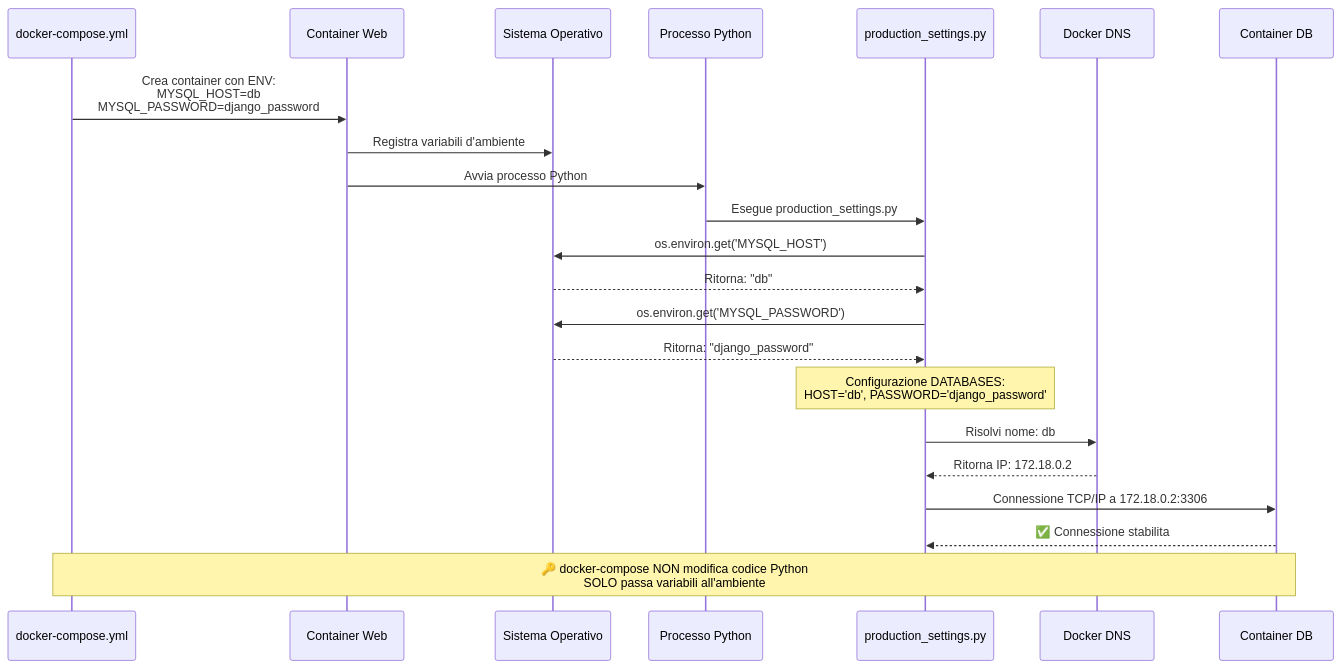
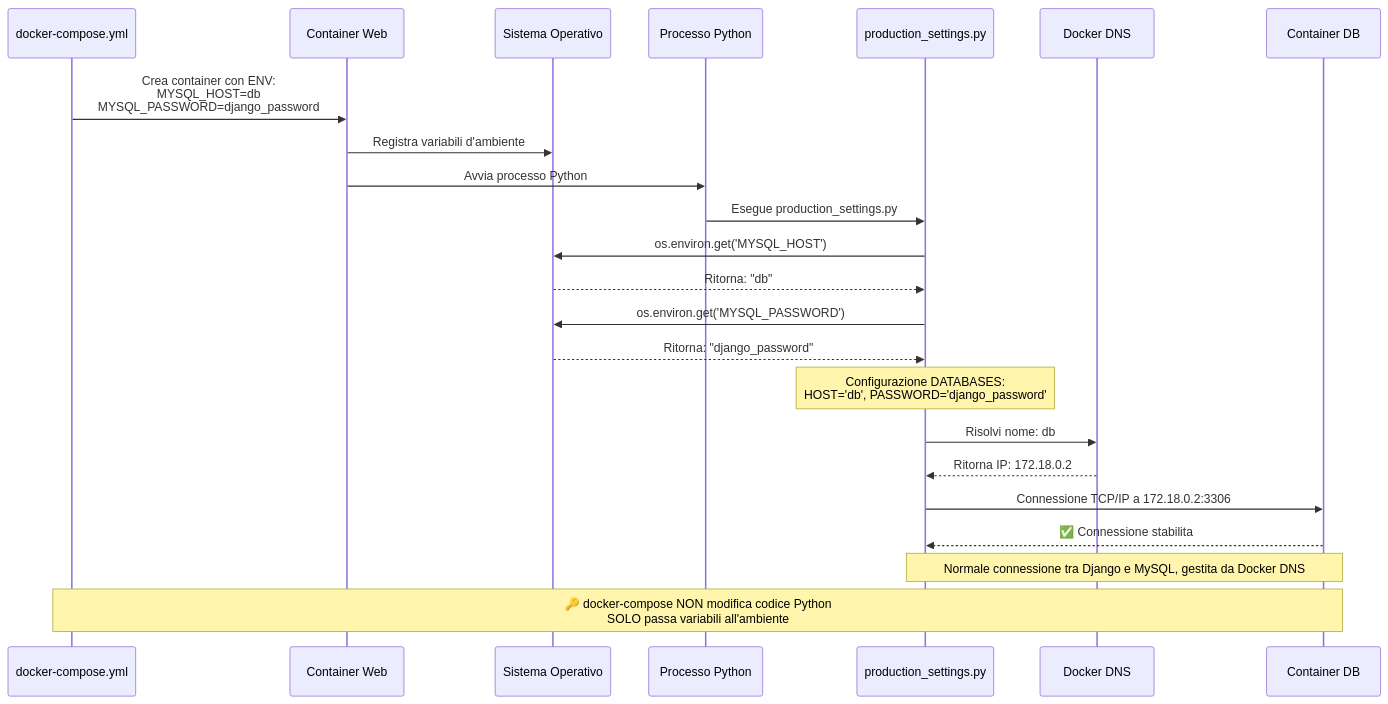
One commit to lucadileo9/dev-experiments changed the sixth of 25 diagrams in appunti.md. Above: the diagram before and after it, drawn with Mermaid. The commit also changed other lines of this file, not shown here.

````diff
--- a/appunti.md
+++ b/appunti.md
@@ -224,31 +264,33 @@
 ```mermaid
 sequenceDiagram
     participant DC as docker-compose.yml
     participant Container as Container Web
     participant OS as Sistema Operativo
     participant Python as Processo Python
     participant Django as production_settings.py
     participant DNS as Docker DNS
     participant MySQL as Container DB
     
     DC->>Container: Crea container con ENV:<br/>MYSQL_HOST=db<br/>MYSQL_PASSWORD=django_password
     Container->>OS: Registra variabili d'ambiente
     Container->>Python: Avvia processo Python
     Python->>Django: Esegue production_settings.py
     
     Django->>OS: os.environ.get('MYSQL_HOST')
     OS-->>Django: Ritorna: "db"
     
     Django->>OS: os.environ.get('MYSQL_PASSWORD')
     OS-->>Django: Ritorna: "django_password"
     
     Note over Django: Configurazione DATABASES:<br/>HOST='db', PASSWORD='django_password'
     
     Django->>DNS: Risolvi nome: db
     DNS-->>Django: Ritorna IP: 172.18.0.2
     
     Django->>MySQL: Connessione TCP/IP a 172.18.0.2:3306
     MySQL-->>Django: ✅ Connessione stabilita
+
+    Note over Django,MySQL: Normale connessione tra Django e MySQL, gestita da Docker DNS
     
     Note over DC,MySQL: 🔑 docker-compose NON modifica codice Python<br/>SOLO passa variabili all'ambiente
 ```
````
